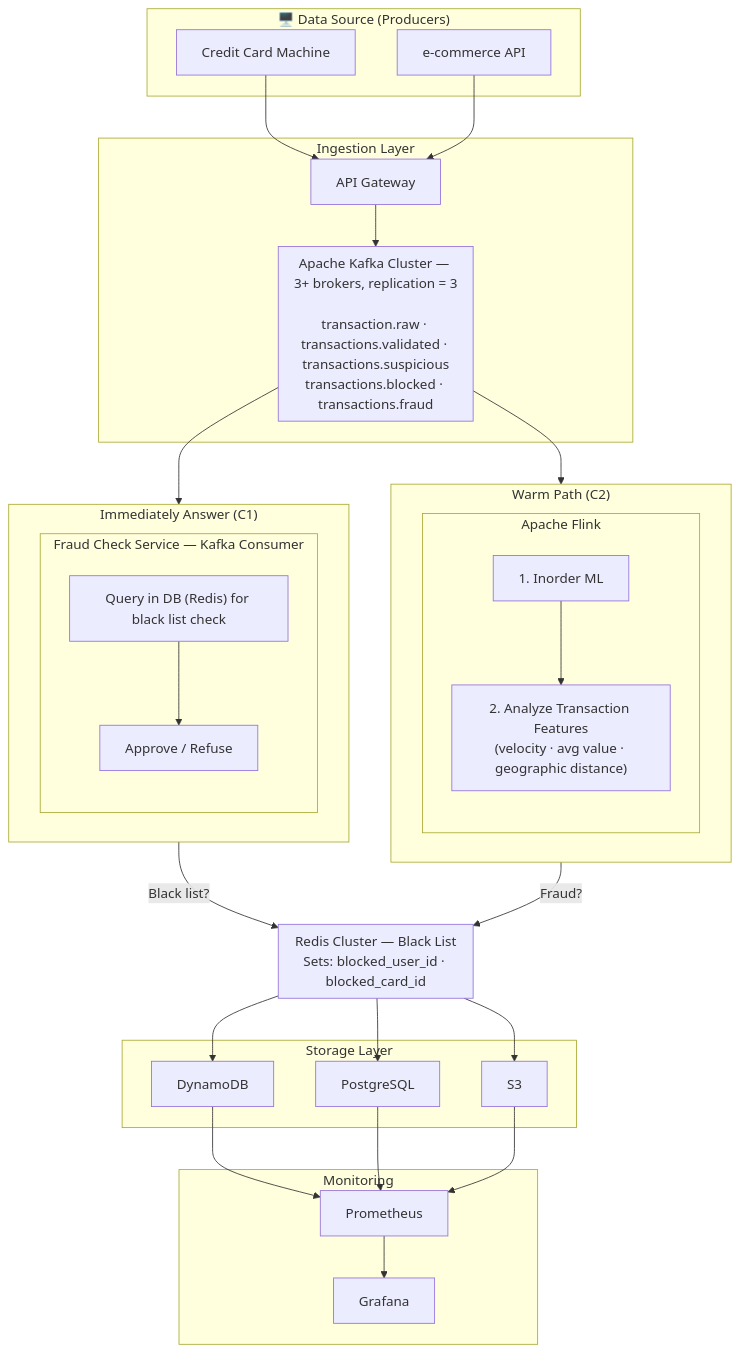
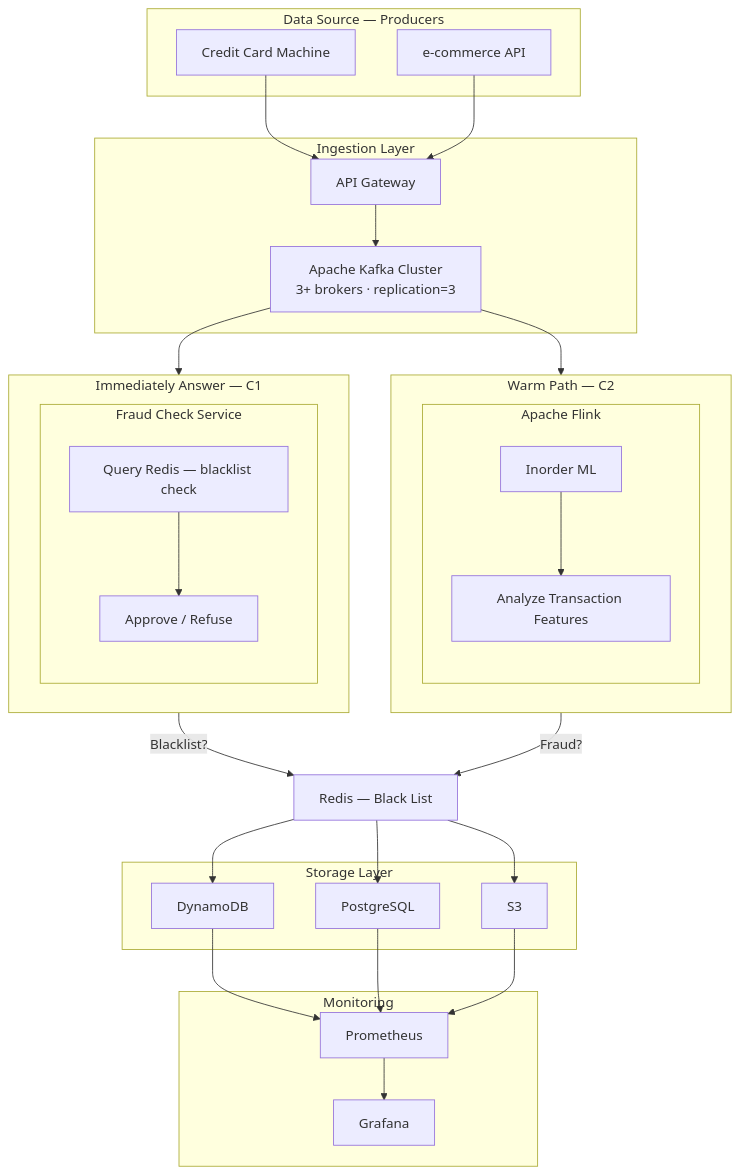
Before and after one commit to joaovictordesouzaduarte/kafka-delivery-system: the diagram in README.md, drawn with Mermaid.

Commit message:
Refactor mermaid diagram in README.md for improved clarity and consistency in naming conventions

````diff
--- a/README.md
+++ b/README.md
@@ -1,62 +1,54 @@
 ```mermaid
 flowchart TD
-    subgraph Producers["🖥️ Data Source (Producers)"]
+    subgraph Producers["Data Source — Producers"]
         CCM["Credit Card Machine"]
         EAPI["e-commerce API"]
     end
 
-    CCM --> APIGW["API Gateway"]
-    EAPI --> APIGW
+    CCM --> GW["API Gateway"]
+    EAPI --> GW
 
     subgraph Ingestion["Ingestion Layer"]
-        APIGW --> KAFKA
-        subgraph KAFKA["Apache Kafka Cluster — 3+ brokers, replication = 3\n\ntransaction.raw · transactions.validated · transactions.suspicious\ntransactions.blocked · transactions.fraud"]
-        end
+        GW --> KAFKA["Apache Kafka Cluster\n3+ brokers · replication=3"]
     end
 
     KAFKA --> C1
     KAFKA --> C2
 
-    subgraph C1["Immediately Answer (C1)"]
-        subgraph FCS["Fraud Check Service — Kafka Consumer"]
-            BLC["Query in DB (Redis) for black list check"]
+    subgraph C1["Immediately Answer — C1"]
+        subgraph FCS["Fraud Check Service"]
+            BLC["Query Redis — blacklist check"]
             AR["Approve / Refuse"]
             BLC --> AR
         end
     end
 
-    subgraph C2["Warm Path (C2)"]
+    subgraph C2["Warm Path — C2"]
         subgraph FLINK["Apache Flink"]
-            ML["1. Inorder ML"]
-            ATF["2. Analyze Transaction Features\n(velocity · avg value · geographic distance)"]
+            ML["Inorder ML"]
+            ATF["Analyze Transaction Features"]
             ML --> ATF
         end
     end
 
-    subgraph REDIS["Redis Cluster — Black List\nSets: blocked_user_id · blocked_card_id"]
-    end
-
-    C1 -- "Black list?" --> REDIS
+    C1 -- "Blacklist?" --> REDIS["Redis — Black List"]
     C2 -- "Fraud?" --> REDIS
 
     subgraph Storage["Storage Layer"]
         DDB["DynamoDB"]
         PG["PostgreSQL"]
         S3["S3"]
     end
 
     REDIS --> DDB
     REDIS --> PG
     REDIS --> S3
 
-    subgraph Monitoring["Monitoring"]
-        PROM["Prometheus"]
-        GRAF["Grafana"]
+    subgraph Mon["Monitoring"]
+        PROM["Prometheus"] --> GRAF["Grafana"]
     end
 
     DDB --> PROM
     PG --> PROM
     S3 --> PROM
-    PROM --> GRAF
-
 ```
````
